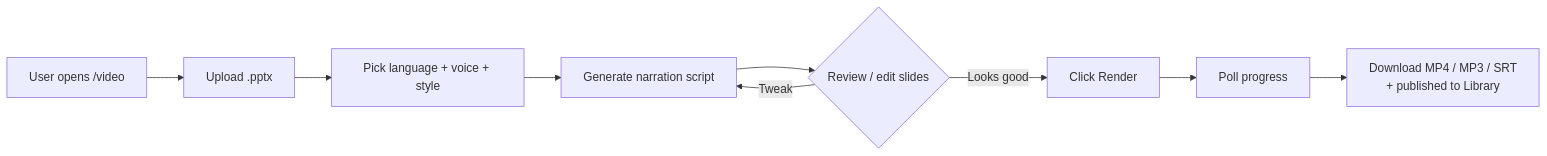
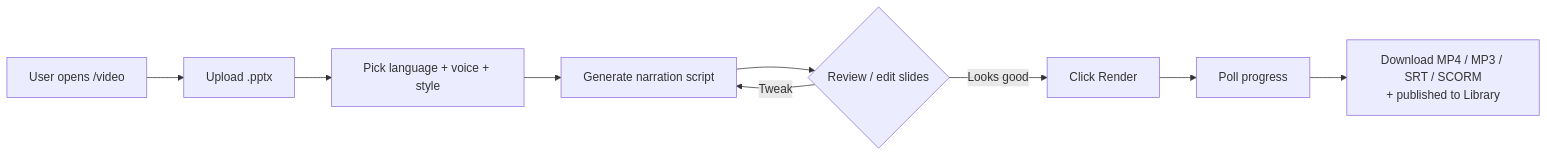
Before and after one commit to ozgurkarahan/ai-avatar-presenter: the first of 5 diagrams in docs/uc2-static-video.md, drawn with Mermaid. The commit also changed other lines of this file and 19 other files, not shown here.

````diff
--- a/docs/uc2-static-video.md
+++ b/docs/uc2-static-video.md
@@ -22,11 +22,11 @@
 ```mermaid
 flowchart LR
     A[User opens /video] --> B[Upload .pptx]
     B --> C[Pick language + voice + style]
     C --> D[Generate narration script]
     D --> E{Review / edit slides}
     E -->|Looks good| F[Click Render]
     E -->|Tweak| D
     F --> G[Poll progress]
-    G --> H[Download MP4 / MP3 / SRT<br/>+ published to Library]
+    G --> H[Download MP4 / MP3 / SRT / SCORM<br/>+ published to Library]
 ```
````
